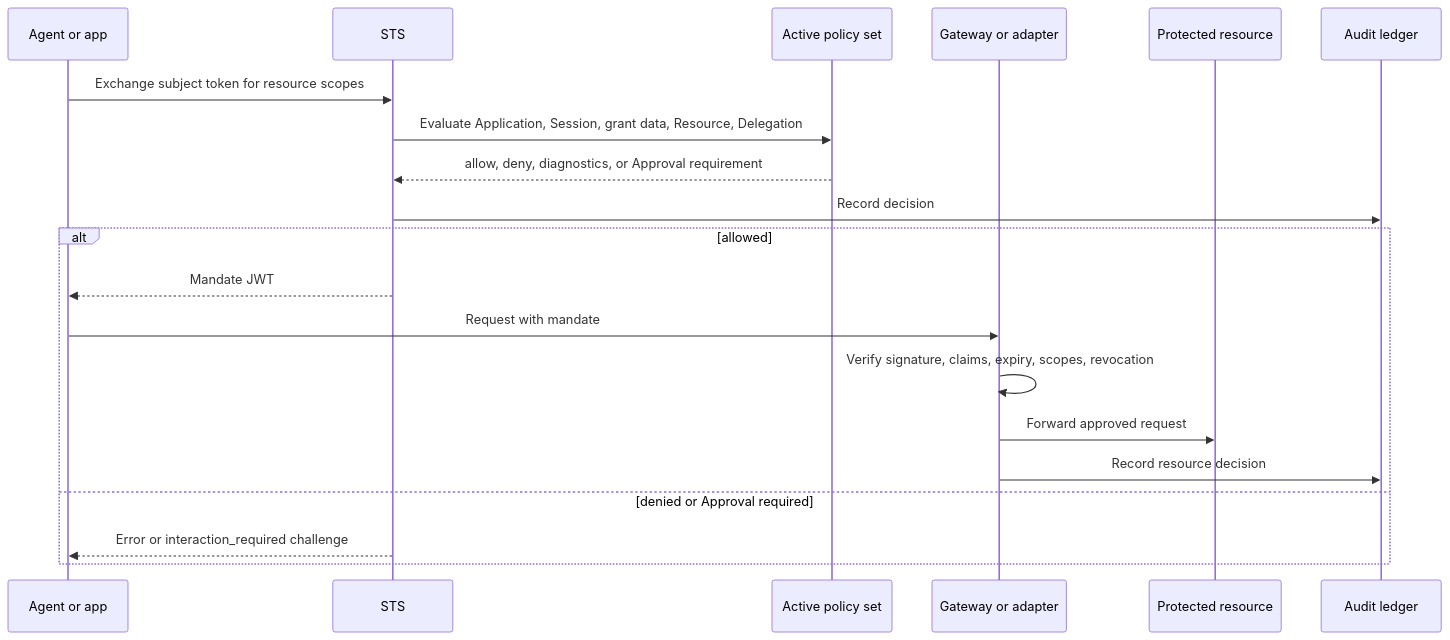
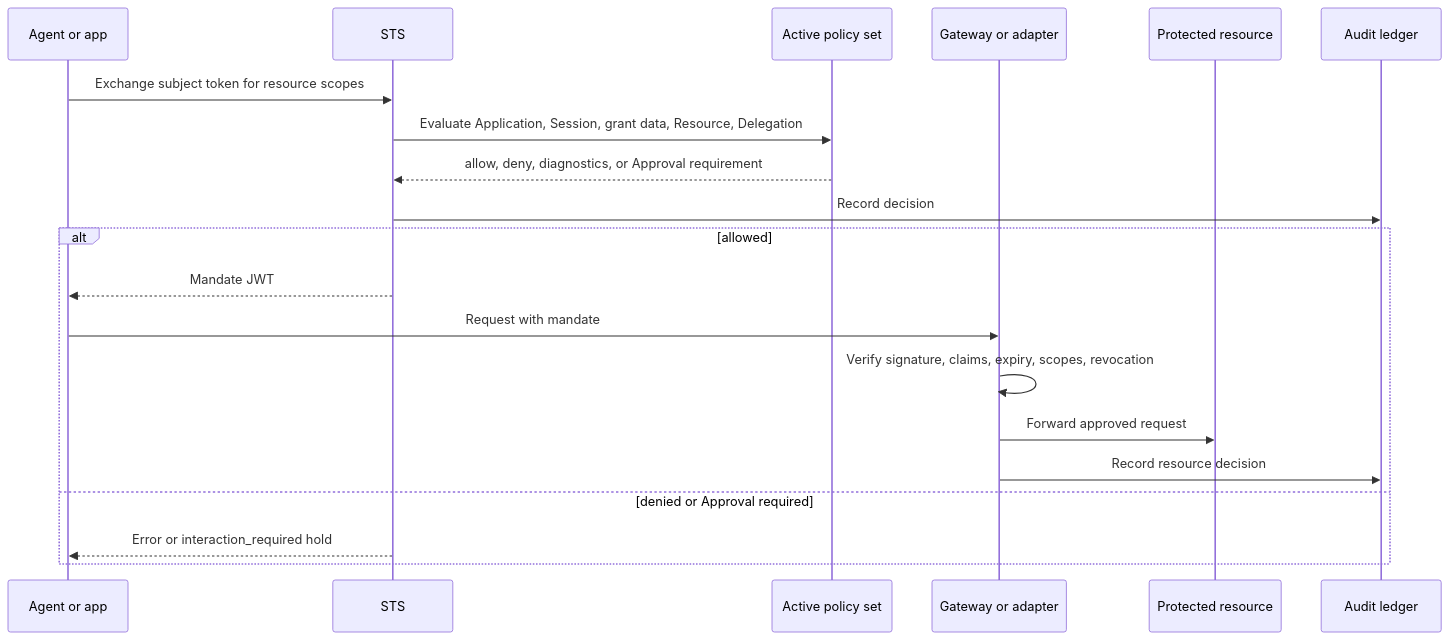
One commit to Garudex-Labs/caracal changed the first of 2 diagrams in docs/src/content/docs/concepts/authority-model.mdx. Above: the diagram before and after it, drawn with Mermaid. The commit also changed 17 other files, not shown here.

````diff
--- a/docs/src/content/docs/concepts/authority-model.mdx
+++ b/docs/src/content/docs/concepts/authority-model.mdx
@@ -17,23 +17,23 @@
 ```mermaid
 sequenceDiagram
   participant Client as Agent or app
   participant STS as STS
   participant Policy as Active policy set
   participant Guard as Gateway or adapter
   participant Resource as Protected resource
   participant Audit as Audit ledger
 
   Client->>STS: Exchange subject token for resource scopes
   STS->>Policy: Evaluate Application, Session, grant data, Resource, Delegation
   Policy-->>STS: allow, deny, diagnostics, or Approval requirement
   STS->>Audit: Record decision
   alt allowed
     STS-->>Client: Mandate JWT
     Client->>Guard: Request with mandate
     Guard->>Guard: Verify signature, claims, expiry, scopes, revocation
     Guard->>Resource: Forward approved request
     Guard->>Audit: Record resource decision
   else denied or Approval required
-    STS-->>Client: Error or interaction_required challenge
+    STS-->>Client: Error or interaction_required hold
   end
 ```
````
